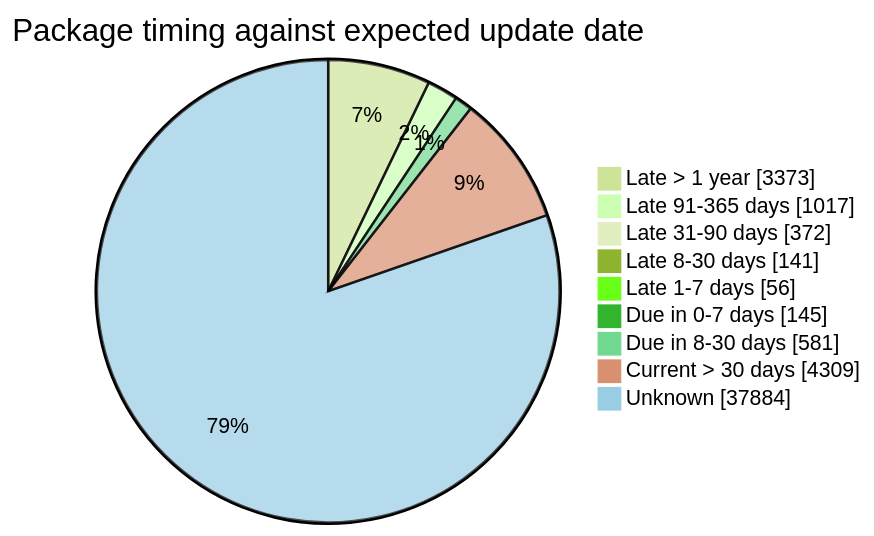
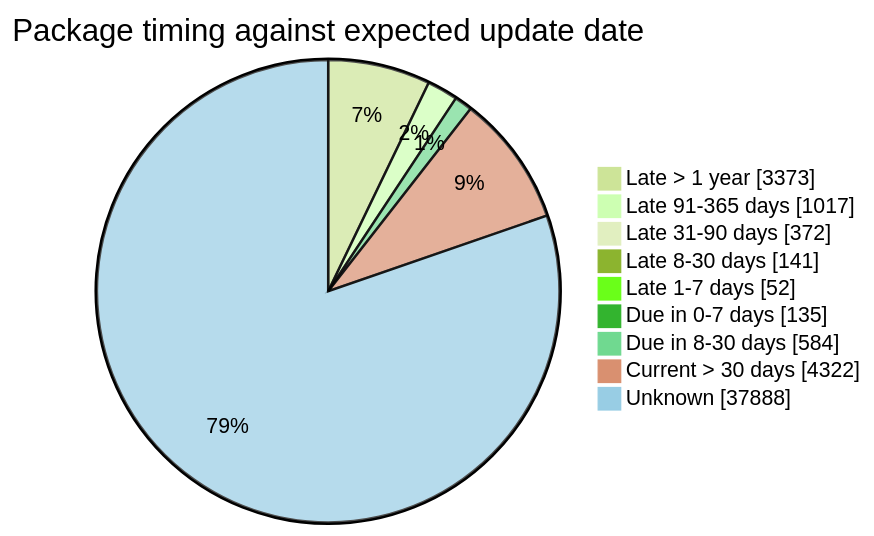
The fourth of 5 diagrams in FreshCheck/README.md (open-data/analytics-corporate-reporting), drawn with Mermaid (forest theme) before and after one commit. The commit also changed other lines of this file and 3 other files, not shown here.

````diff
--- a/FreshCheck/README.md
+++ b/FreshCheck/README.md
@@ -86,12 +86,12 @@
 ```mermaid
 pie showData title Package timing against expected update date
     "Late > 1 year": 3373
     "Late 91-365 days": 1017
     "Late 31-90 days": 372
     "Late 8-30 days": 141
-    "Late 1-7 days": 56
-    "Due in 0-7 days": 145
-    "Due in 8-30 days": 581
-    "Current > 30 days": 4309
-    "Unknown": 37884
+    "Late 1-7 days": 52
+    "Due in 0-7 days": 135
+    "Due in 8-30 days": 584
+    "Current > 30 days": 4322
+    "Unknown": 37888
 ```
````
